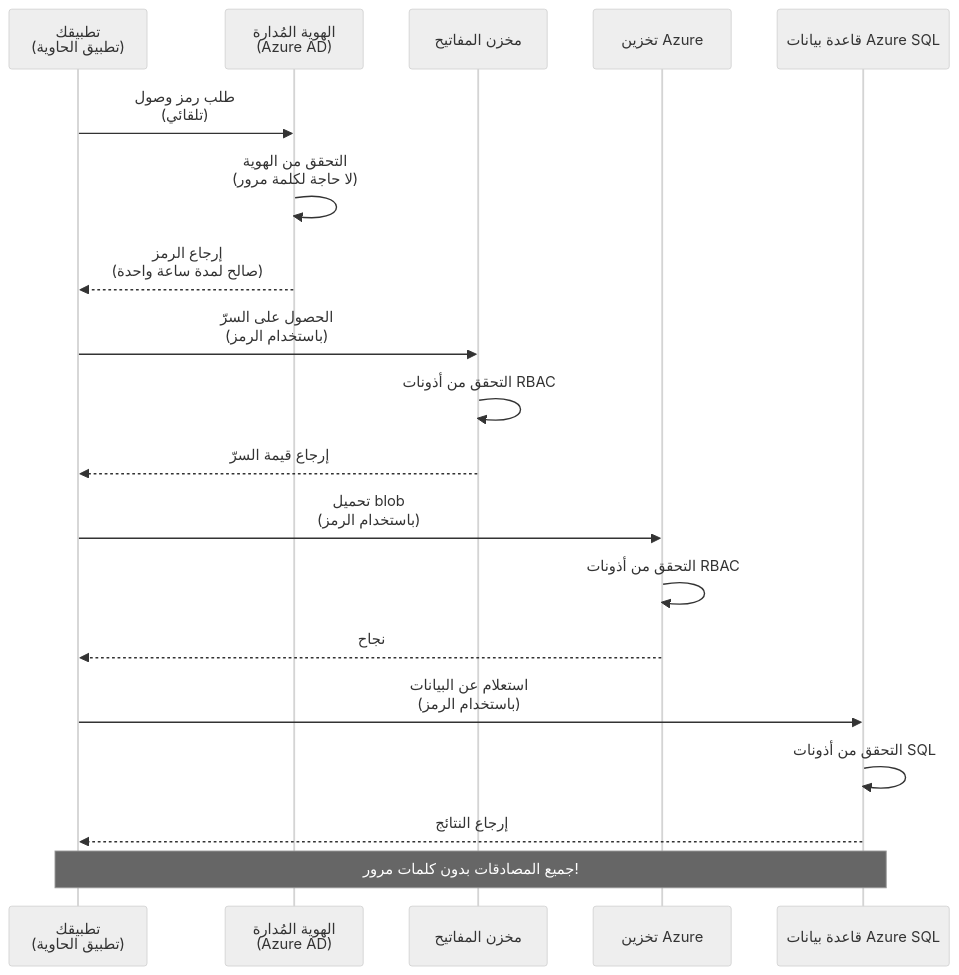
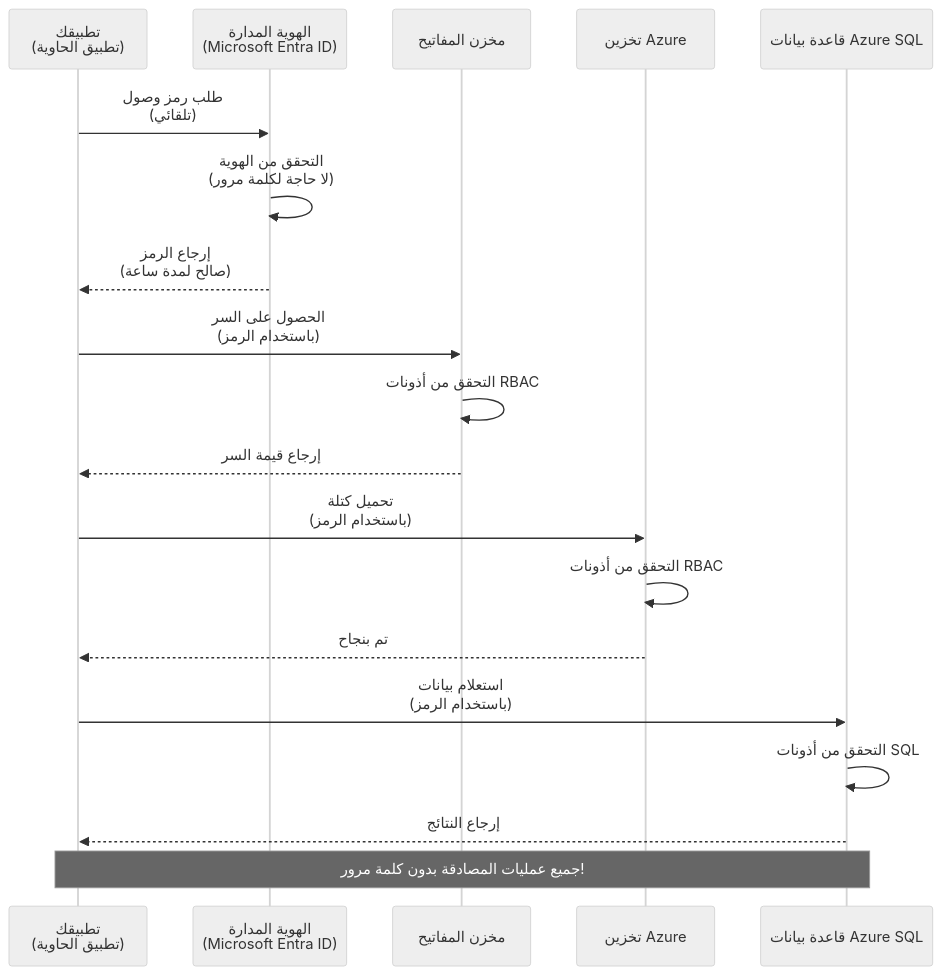
One commit to microsoft/AZD-for-beginners changed the first of 2 diagrams in translations/ar/docs/chapter-03-configuration/authsecurity.md. Above: the diagram before and after it, drawn with Mermaid (neutral theme). The commit also changed other lines of this file and 104 other files, not shown here.

````diff
--- a/translations/ar/docs/chapter-03-configuration/authsecurity.md
+++ b/translations/ar/docs/chapter-03-configuration/authsecurity.md
@@ -69,26 +69,26 @@
 ```mermaid
 sequenceDiagram
     participant App as تطبيقك<br/>(تطبيق الحاوية)
-    participant MI as الهوية المُدارة<br/>(Azure AD)
+    participant MI as الهوية المدارة<br/>(Microsoft Entra ID)
     participant KV as مخزن المفاتيح
     participant Storage as تخزين Azure
     participant DB as قاعدة بيانات Azure SQL
     
     App->>MI: طلب رمز وصول<br/>(تلقائي)
     MI->>MI: التحقق من الهوية<br/>(لا حاجة لكلمة مرور)
-    MI-->>App: إرجاع الرمز<br/>(صالح لمدة ساعة واحدة)
+    MI-->>App: إرجاع الرمز<br/>(صالح لمدة ساعة)
     
-    App->>KV: الحصول على السرّ<br/>(باستخدام الرمز)
+    App->>KV: الحصول على السر<br/>(باستخدام الرمز)
     KV->>KV: التحقق من أذونات RBAC
-    KV-->>App: إرجاع قيمة السرّ
+    KV-->>App: إرجاع قيمة السر
     
-    App->>Storage: تحميل blob<br/>(باستخدام الرمز)
+    App->>Storage: تحميل كتلة<br/>(باستخدام الرمز)
     Storage->>Storage: التحقق من أذونات RBAC
-    Storage-->>App: نجاح
+    Storage-->>App: تم بنجاح
     
-    App->>DB: استعلام عن البيانات<br/>(باستخدام الرمز)
+    App->>DB: استعلام بيانات<br/>(باستخدام الرمز)
     DB->>DB: التحقق من أذونات SQL
     DB-->>App: إرجاع النتائج
     
-    Note over App,DB: جميع المصادقات بدون كلمات مرور!
+    Note over App,DB: جميع عمليات المصادقة بدون كلمة مرور!
 ```
````
